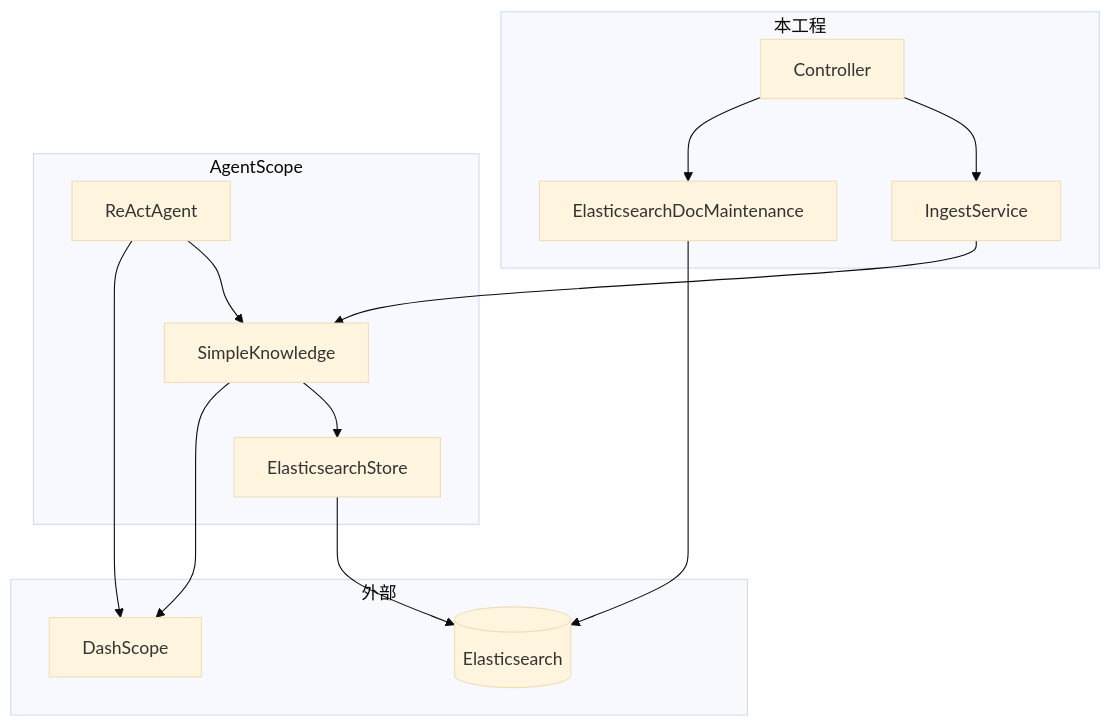
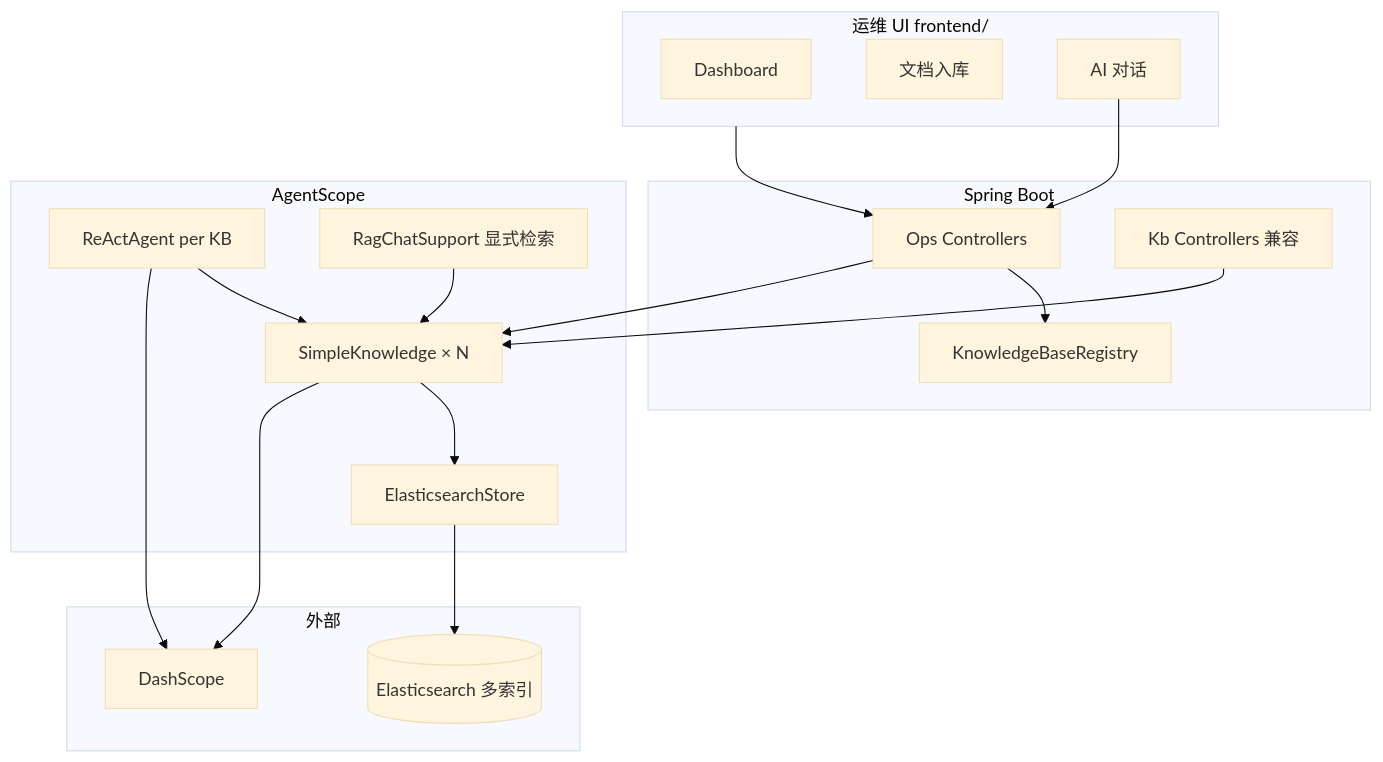
The first of 2 diagrams in README.md (qjli/agentscope-rag-es), drawn with Mermaid (base theme) before and after one commit. The commit also changed other lines of this file, not shown here.

````diff
--- a/README.md
+++ b/README.md
@@ -46,25 +45,33 @@
 ```mermaid
 flowchart TB
-    subgraph app["本工程"]
-        C[Controller]
-        I[IngestService]
-        M[ElasticsearchDocMaintenance]
-        C --> I & M
+    subgraph ui["运维 UI frontend/"]
+        D[Dashboard]
+        DOC[文档入库]
+        CHAT[AI 对话]
+    end
+    subgraph spring["Spring Boot"]
+        OPS[Ops Controllers]
+        KB[Kb Controllers 兼容]
+        REG[KnowledgeBaseRegistry]
+        OPS --> REG
     end
     subgraph as["AgentScope"]
-        SK[SimpleKnowledge]
-        VS[ElasticsearchStore]
-        AG[ReActAgent]
-        SK --> VS
-        AG --> SK
-        I --> SK
+        SK[SimpleKnowledge × N]
+        ES_STORE[ElasticsearchStore]
+        AG[ReActAgent per KB]
+        RAG[RagChatSupport 显式检索]
     end
     subgraph ext["外部"]
-        ES[(Elasticsearch)]
+        ES[(Elasticsearch 多索引)]
         DS[DashScope]
     end
-    VS --> ES
+    ui --> OPS
+    KB --> SK
+    OPS --> SK
+    SK --> ES_STORE --> ES
     SK --> DS
+    AG --> SK
     AG --> DS
-    M --> ES
+    RAG --> SK
+    CHAT --> OPS
 ```
````
